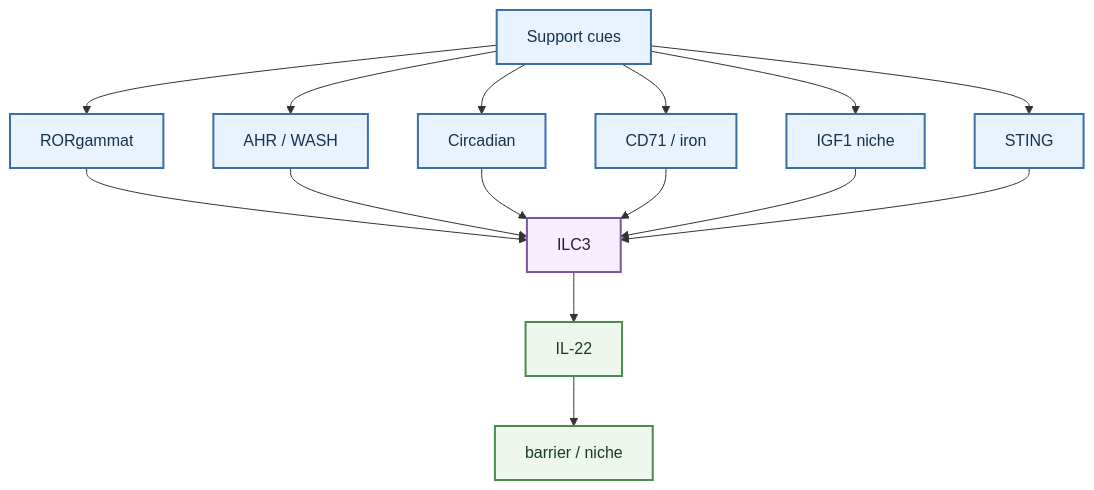
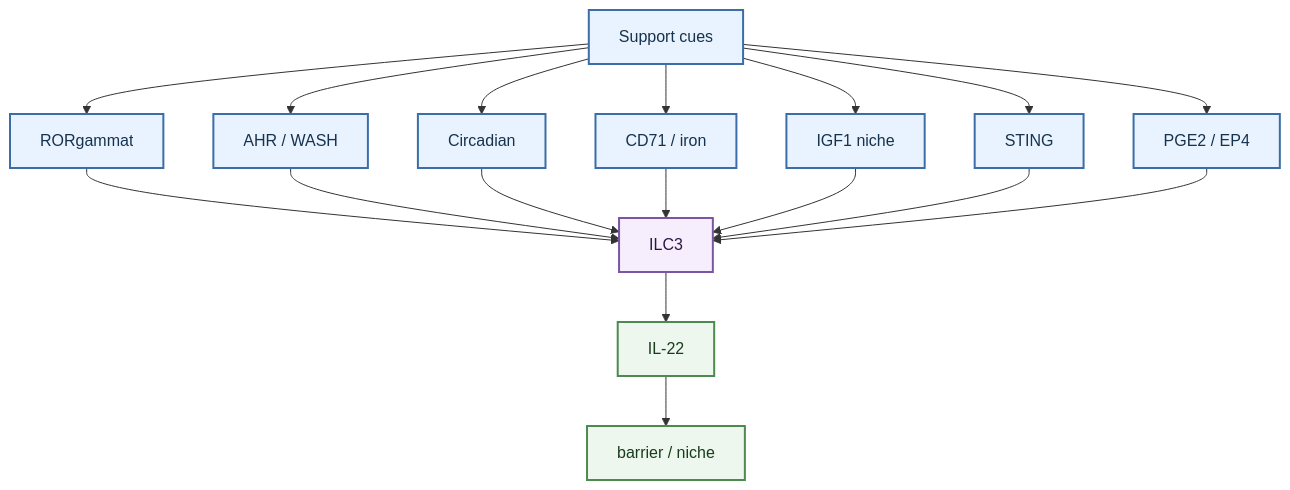
The first of 3 diagrams in wiki/topics/ILC3_functional_regulation_mechanisms.md (shao1116/ILC-Wiki), drawn with Mermaid before and after one commit. The commit also changed other lines of this file and 14 other files, not shown here.

````diff
--- a/wiki/topics/ILC3_functional_regulation_mechanisms.md
+++ b/wiki/topics/ILC3_functional_regulation_mechanisms.md
@@ -130,38 +139,41 @@
 ```mermaid
 flowchart TB
     accTitle: ILC3 Identity And Maintenance
     accDescr: Compact vertical map of ILC3 identity and maintenance programs.
 
     support["Support cues"]
     rorgt["RORgammat"]
     ahr["AHR / WASH"]
     clock["Circadian"]
     iron["CD71 / iron"]
     igf1["IGF1 niche"]
     sting["STING"]
+    pge2["PGE2 / EP4"]
     ilc3["ILC3"]
     il22["IL-22"]
     tissue["barrier / niche"]
 
     support --> rorgt
     support --> ahr
     support --> clock
     support --> iron
     support --> igf1
     support --> sting
+    support --> pge2
     rorgt --> ilc3
     ahr --> ilc3
     clock --> ilc3
     iron --> ilc3
     igf1 --> ilc3
     sting --> ilc3
+    pge2 --> ilc3
     ilc3 --> il22
     il22 --> tissue
 
     classDef support_class fill:#e8f3ff,stroke:#3b6ea8,stroke-width:2px,color:#17324d
     classDef cell fill:#f6eefc,stroke:#7a55a3,stroke-width:2px,color:#2d1645
     classDef out fill:#eef7ed,stroke:#4d8a50,stroke-width:2px,color:#173d1d
-    class support,rorgt,ahr,clock,iron,igf1,sting support_class
+    class support,rorgt,ahr,clock,iron,igf1,sting,pge2 support_class
     class ilc3 cell
     class il22,tissue out
 ```
````
